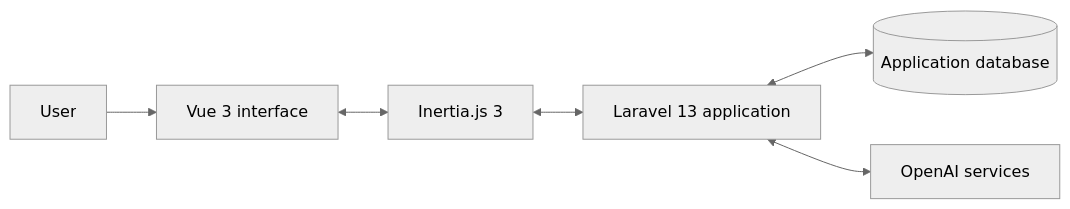
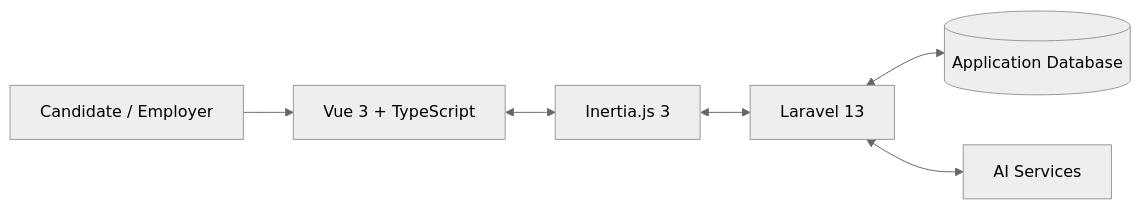
The diagram in README.md (diana-radchenko/JobFlow), drawn with Mermaid (neutral theme) before and after one commit. The commit also changed other lines of this file, not shown here.

Commit message:
Refresh README for current FLOW implementation

````diff
--- a/README.md
+++ b/README.md
@@ -49,8 +85,8 @@
 ```mermaid
 flowchart LR
-    U[User] --> V[Vue 3 interface]
+    U[Candidate / Employer] --> V[Vue 3 + TypeScript]
     V <--> I[Inertia.js 3]
-    I <--> L[Laravel 13 application]
-    L <--> D[(Application database)]
-    L <--> O[OpenAI services]
+    I <--> L[Laravel 13]
+    L <--> D[(Application Database)]
+    L <--> AI[AI Services]
 ```
````
